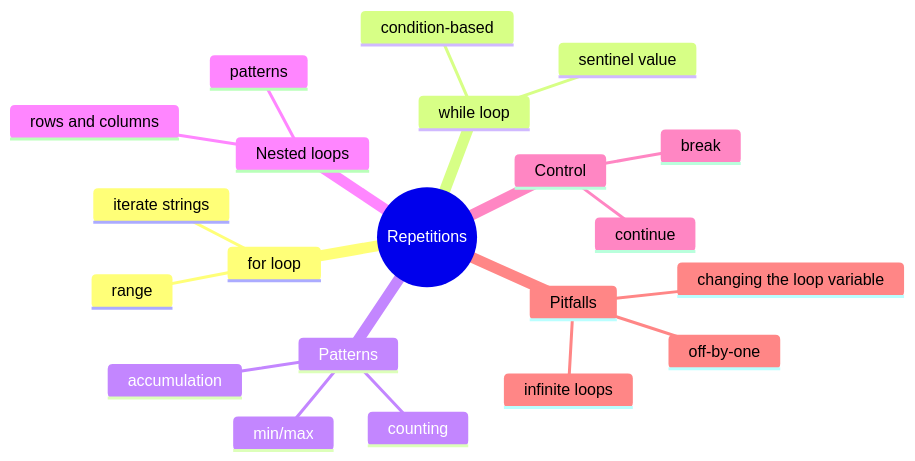
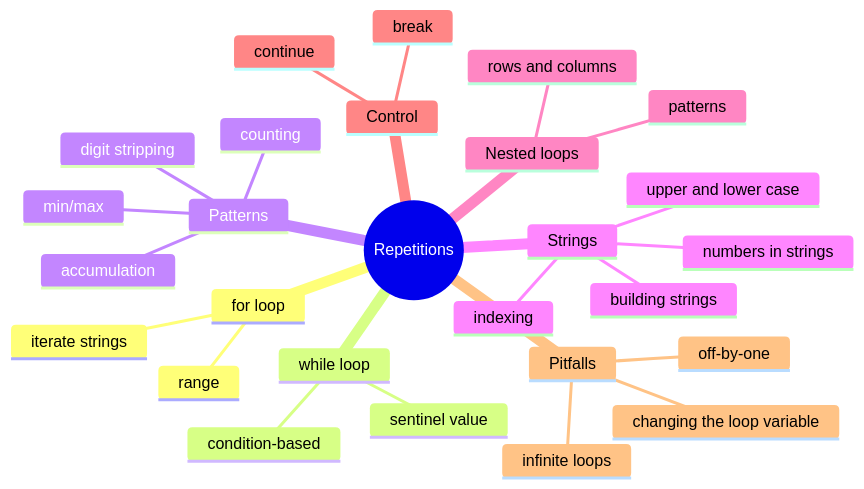
One commit to mAbduqayum/python-workbook changed the diagram in repetitions/_docs/_table_of_contents.md. Above: the diagram before and after it, drawn with Mermaid. The commit also changed other lines of this file and 13 other files, not shown here.

First line of the commit message:
fix: keep exercises and reference solutions within what the notes have taught, with new chapter 3 notes on strings and digit   stripping and the password exercise moved to lists

````diff
--- a/repetitions/_docs/_table_of_contents.md
+++ b/repetitions/_docs/_table_of_contents.md
@@ -3,24 +3,30 @@
 ```mermaid
 mindmap
     root((Repetitions))
         for loop
             range
             iterate strings
         while loop
             condition-based
             sentinel value
         Patterns
             accumulation
             counting
             min/max
+            digit stripping
+        Strings
+            indexing
+            building strings
+            numbers in strings
+            upper and lower case
         Nested loops
             rows and columns
             patterns
         Control
             break
             continue
         Pitfalls
             infinite loops
             off-by-one
             changing the loop variable
 ```
````
